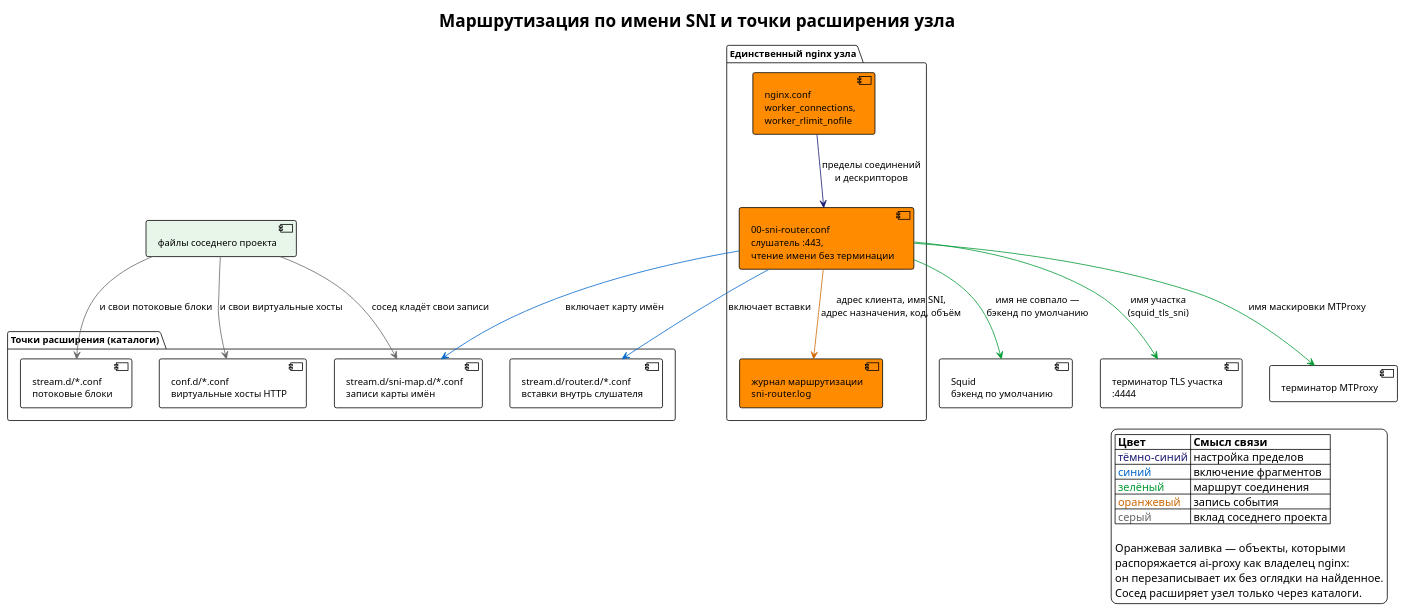
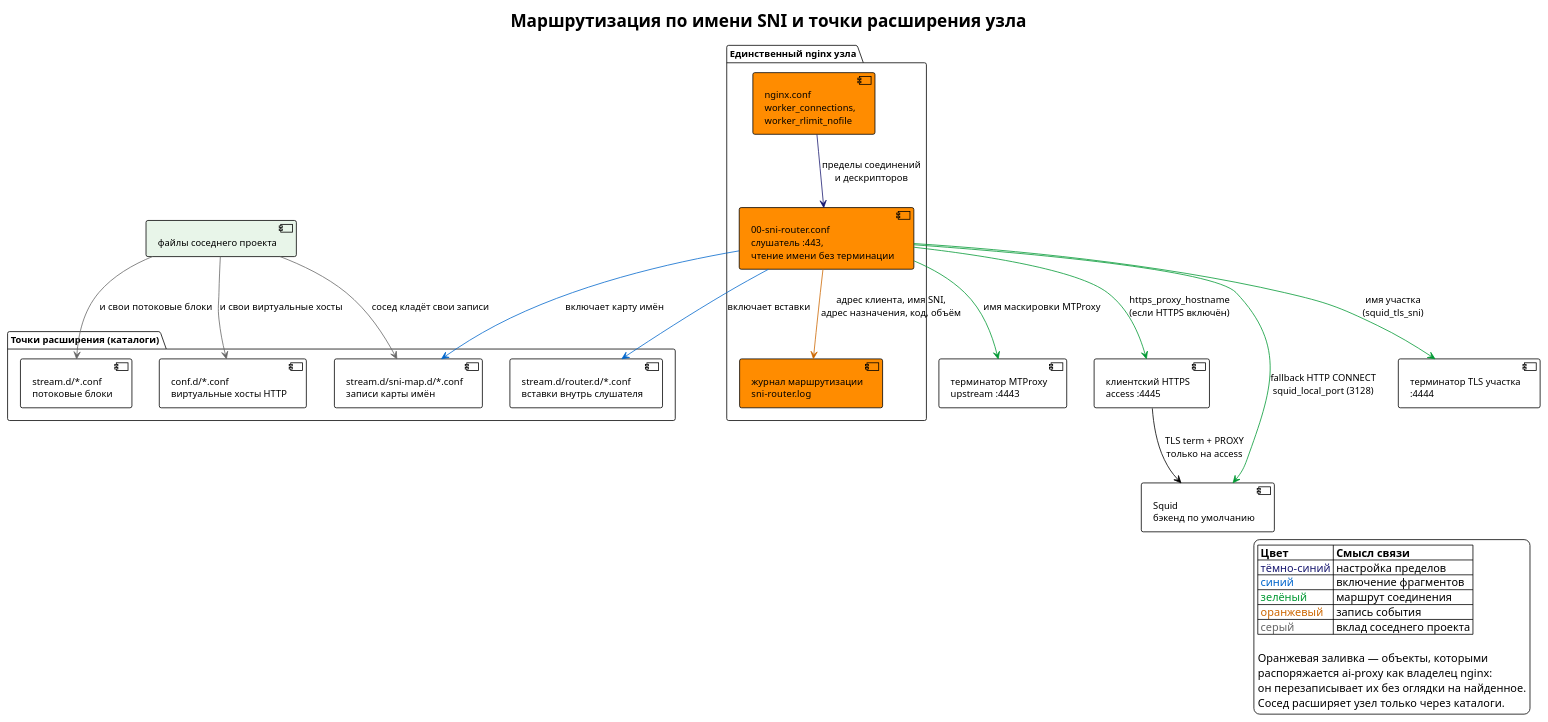
One commit to demofly/ai-proxy changed the diagram in docs/AA/C3/diagrams/C3-NX-001-sni-routing.puml. Above: the diagram before and after it, drawn with PlantUML. The commit also changed 22 other files, not shown here.

```diff
--- a/docs/AA/C3/diagrams/C3-NX-001-sni-routing.puml
+++ b/docs/AA/C3/diagrams/C3-NX-001-sni-routing.puml
@@ -1,53 +1,56 @@
 @startuml C3-NX-001-sni-routing
 !theme plain
 skinparam backgroundColor white
 skinparam defaultFontName "Segoe UI"
 skinparam defaultFontSize 12
 top to bottom direction
 
 title Маршрутизация по имени SNI и точки расширения узла
 
 package "Единственный nginx узла" as NGINX {
   component "nginx.conf\nworker_connections,\nworker_rlimit_nofile" as CONF #FF8C00
   component "00-sni-router.conf\nслушатель :443,\nчтение имени без терминации" as ROUTER #FF8C00
   component "журнал маршрутизации\nsni-router.log" as LOG #FF8C00
 }
 
 package "Точки расширения (каталоги)" as EXT {
   component "stream.d/sni-map.d/*.conf\nзаписи карты имён" as MAPD
   component "stream.d/*.conf\nпотоковые блоки" as STREAMD
   component "stream.d/router.d/*.conf\nвставки внутрь слушателя" as ROUTERD
   component "conf.d/*.conf\nвиртуальные хосты HTTP" as CONFD
 }
 
 component "Squid\nбэкенд по умолчанию" as SQUID
 component "терминатор TLS участка\n:4444" as TERM
-component "терминатор MTProxy" as MTG
+component "терминатор MTProxy\nupstream :4443" as MTG
+component "клиентский HTTPS\naccess :4445" as HTTPS
 component "файлы соседнего проекта" as NEIGH #E8F5E9
 
 CONF -[#191970]-> ROUTER : пределы соединений\nи дескрипторов
 ROUTER -[#0066CC]-> MAPD : включает карту имён
 ROUTER -[#0066CC]-> ROUTERD : включает вставки
-ROUTER -[#009933]-> SQUID : имя не совпало —\nбэкенд по умолчанию
+ROUTER -[#009933]-> SQUID : fallback HTTP CONNECT\nsquid_local_port (3128)
+ROUTER -[#009933]-> HTTPS : https_proxy_hostname\n(если HTTPS включён)
+HTTPS --> SQUID : TLS term + PROXY\nтолько на access
 ROUTER -[#009933]-> TERM : имя участка\n(squid_tls_sni)
 ROUTER -[#009933]-> MTG : имя маскировки MTProxy
 ROUTER -[#CC6600]-> LOG : адрес клиента, имя SNI,\nадрес назначения, код, объём
 NEIGH -[#666666]-> MAPD : сосед кладёт свои записи
 NEIGH -[#666666]-> STREAMD : и свои потоковые блоки
 NEIGH -[#666666]-> CONFD : и свои виртуальные хосты
 
 legend right
   |= Цвет |= Смысл связи |
   | <color:#191970>тёмно-синий</color> | настройка пределов |
   | <color:#0066CC>синий</color> | включение фрагментов |
   | <color:#009933>зелёный</color> | маршрут соединения |
   | <color:#CC6600>оранжевый</color> | запись события |
   | <color:#666666>серый</color> | вклад соседнего проекта |
 
   Оранжевая заливка — объекты, которыми
   распоряжается ai-proxy как владелец nginx:
   он перезаписывает их без оглядки на найденное.
   Сосед расширяет узел только через каталоги.
 endlegend
 
 @enduml
```
